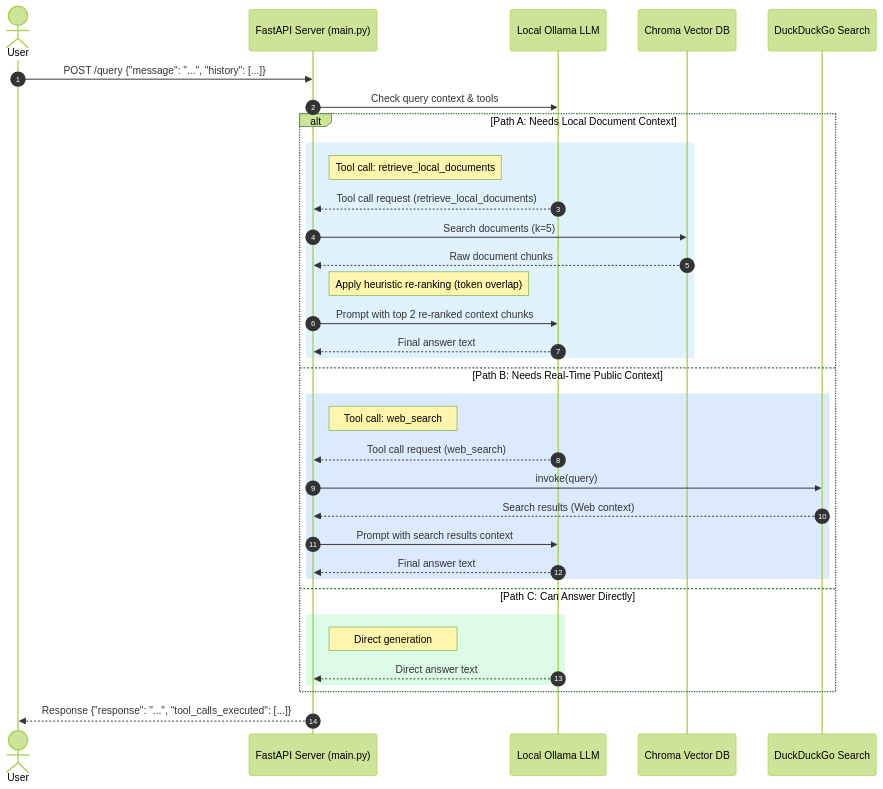
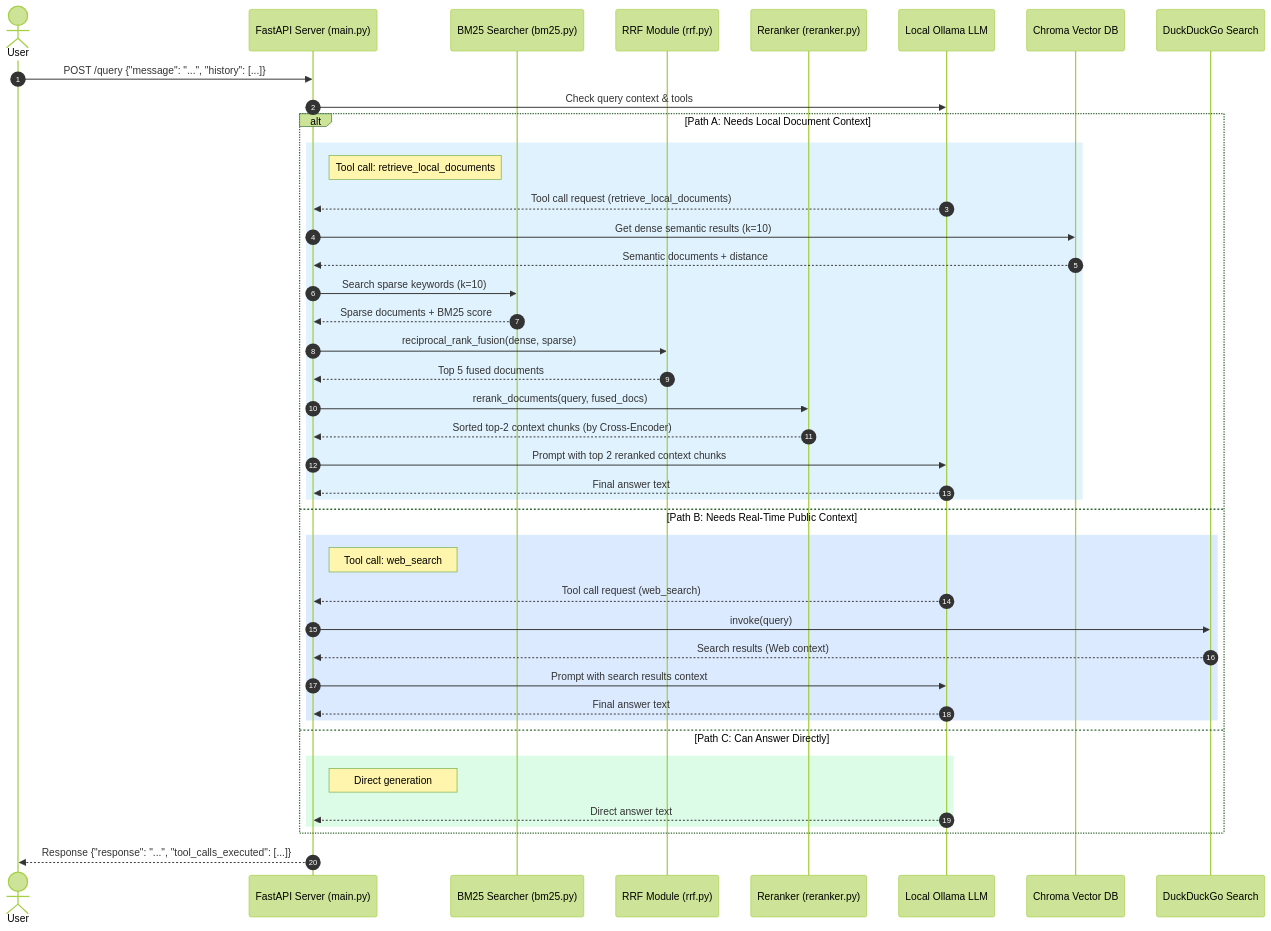
Before and after one commit to boycececil666gmailcom/fintech-rag-chatbot: the third of 3 diagrams in README.md, drawn with Mermaid (forest theme). The commit also changed other lines of this file and 13 other files, not shown here.

Commit message:
feat: implement hybrid search pipeline with BM25, RRF, and FlashRank reranking tools

````diff
--- a/README.md
+++ b/README.md
@@ -64,40 +69,53 @@
 ```mermaid
 sequenceDiagram
     autonumber
     actor User
     participant App as FastAPI Server (main.py)
+    participant BM25 as BM25 Searcher (bm25.py)
+    participant RRF as RRF Module (rrf.py)
+    participant Reranker as Reranker (reranker.py)
     participant Ollama as Local Ollama LLM
     participant VectorStore as Chroma Vector DB
     participant Search as DuckDuckGo Search
 
     User->>App: POST /query {"message": "...", "history": [...]}
     App->>Ollama: Check query context & tools
     
     alt Path A: Needs Local Document Context
         rect rgb(224, 242, 254)
             note right of App: Tool call: retrieve_local_documents
             Ollama-->>App: Tool call request (retrieve_local_documents)
-            App->>VectorStore: Search documents (k=5)
-            VectorStore-->>App: Raw document chunks
-            note right of App: Apply heuristic re-ranking (token overlap)
-            App->>Ollama: Prompt with top 2 re-ranked context chunks
+            
+            App->>VectorStore: Get dense semantic results (k=10)
+            VectorStore-->>App: Semantic documents + distance
+            
+            App->>BM25: Search sparse keywords (k=10)
+            BM25-->>App: Sparse documents + BM25 score
+            
+            App->>RRF: reciprocal_rank_fusion(dense, sparse)
+            RRF-->>App: Top 5 fused documents
+            
+            App->>Reranker: rerank_documents(query, fused_docs)
+            Reranker-->>App: Sorted top-2 context chunks (by Cross-Encoder)
+            
+            App->>Ollama: Prompt with top 2 reranked context chunks
             Ollama-->>App: Final answer text
         end
     else Path B: Needs Real-Time Public Context
         rect rgb(219, 234, 254)
             note right of App: Tool call: web_search
             Ollama-->>App: Tool call request (web_search)
             App->>Search: invoke(query)
             Search-->>App: Search results (Web context)
             App->>Ollama: Prompt with search results context
             Ollama-->>App: Final answer text
         end
     else Path C: Can Answer Directly
         rect rgb(220, 252, 231)
             note right of App: Direct generation
             Ollama-->>App: Direct answer text
         end
     end
     
     App-->>User: Response {"response": "...", "tool_calls_executed": [...]}
 ```
````
